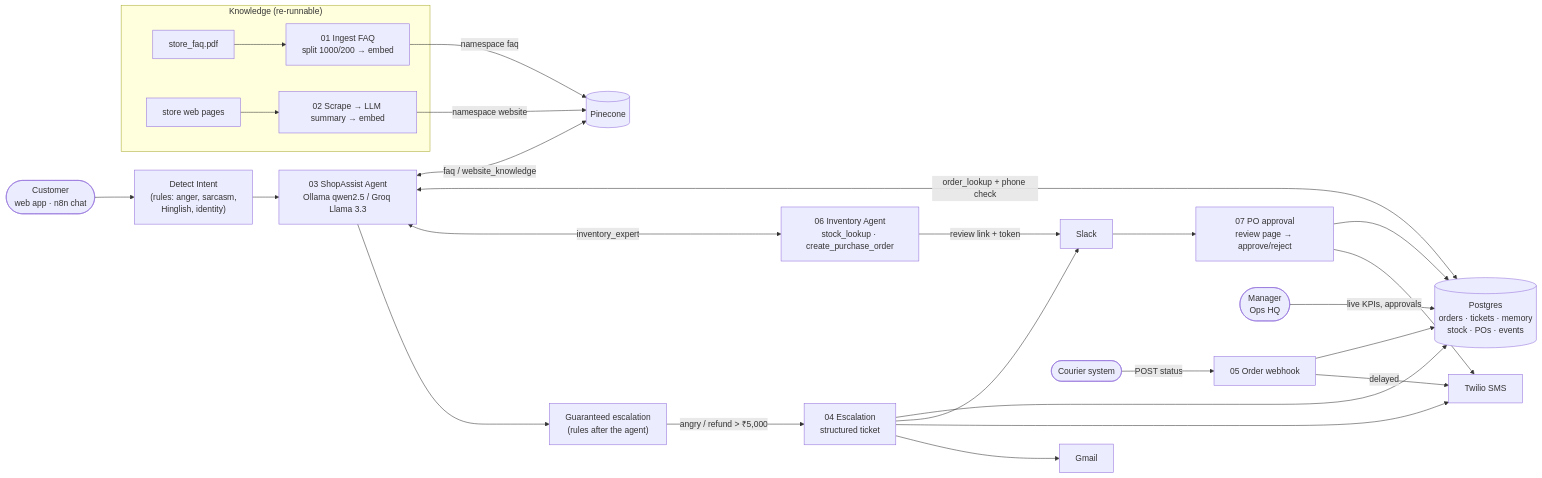
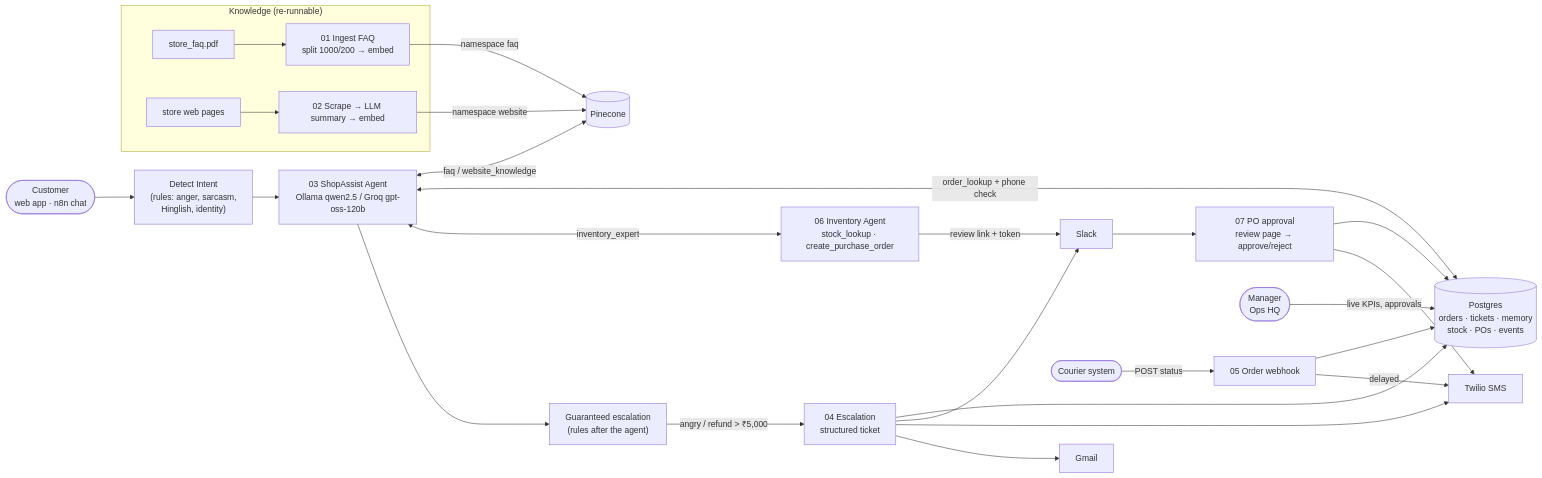
Before and after one commit to kritikab01/ShopAssist-AI: the diagram in README.md, drawn with Mermaid. The commit also changed other lines of this file and 9 other files, not shown here.

First line of the commit message:
Cloud: switch Groq chat model to openai/gpt-oss-120b (llama-3.3-70b-versatile was retired)

````diff
--- a/README.md
+++ b/README.md
@@ -61,24 +61,24 @@
 ```mermaid
 flowchart LR
     subgraph KB["Knowledge (re-runnable)"]
         PDF["store_faq.pdf"] --> W01["01 Ingest FAQ<br/>split 1000/200 → embed"]
         WEB["store web pages"] --> W02["02 Scrape → LLM summary → embed"]
     end
     W01 -->|"namespace faq"| PC[("Pinecone")]
     W02 -->|"namespace website"| PC
 
     C(["Customer<br/>web app · n8n chat"]) --> GI["Detect Intent<br/>(rules: anger, sarcasm,<br/>Hinglish, identity)"]
-    GI --> AG["03 ShopAssist Agent<br/>Ollama qwen2.5 / Groq Llama 3.3"]
+    GI --> AG["03 ShopAssist Agent<br/>Ollama qwen2.5 / Groq gpt-oss-120b"]
     AG <-->|"faq / website_knowledge"| PC
     AG <-->|"order_lookup + phone check"| PG[("Postgres<br/>orders · tickets · memory<br/>stock · POs · events")]
     AG <-->|"inventory_expert"| W06["06 Inventory Agent<br/>stock_lookup · create_purchase_order"]
     AG --> SAFE["Guaranteed escalation<br/>(rules after the agent)"]
     SAFE -->|"angry / refund > ₹5,000"| W04["04 Escalation<br/>structured ticket"]
     W04 --> PG & SL["Slack"] & SMS["Twilio SMS"] & EM["Gmail"]
     W06 -->|"review link + token"| SL
     SL --> W07["07 PO approval<br/>review page → approve/reject"]
     W07 --> PG & SMS
     SYS(["Courier system"]) -->|"POST status"| W05["05 Order webhook"] --> PG
     W05 -->|"delayed"| SMS
     OPS(["Manager<br/>Ops HQ"]) -->|"live KPIs, approvals"| PG
 ```
````
